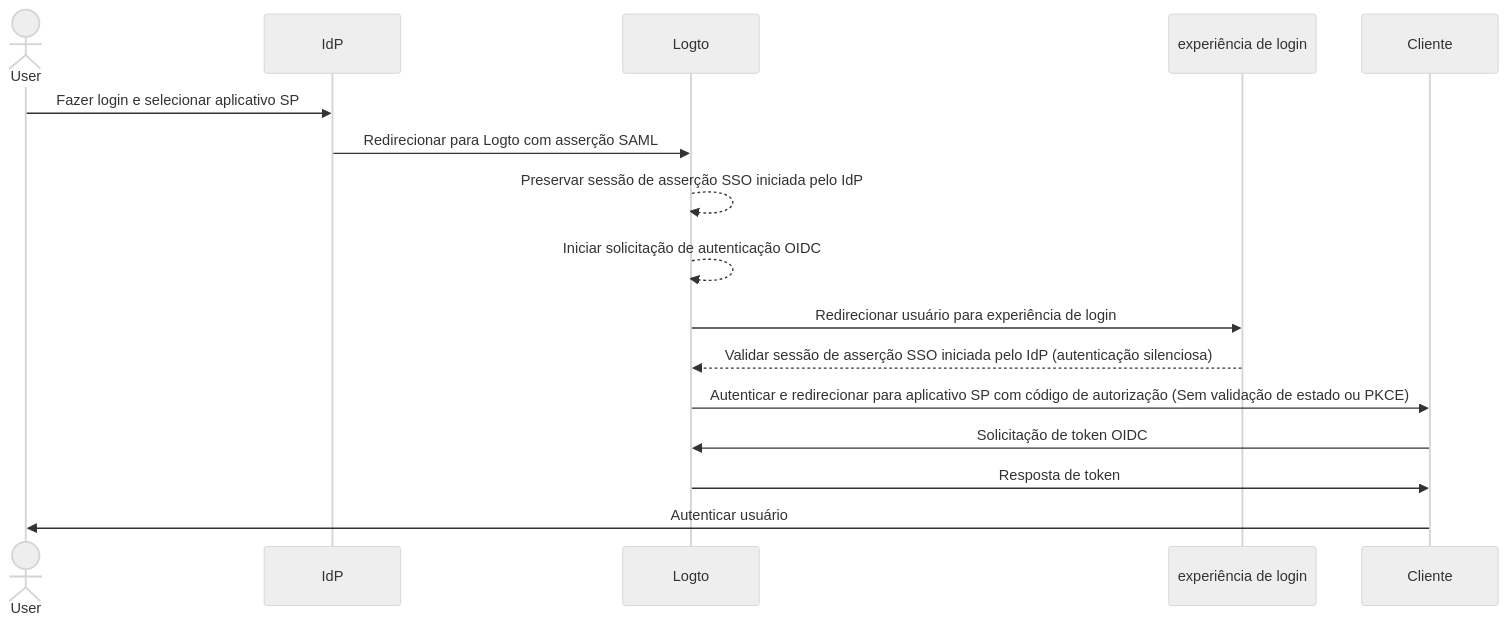
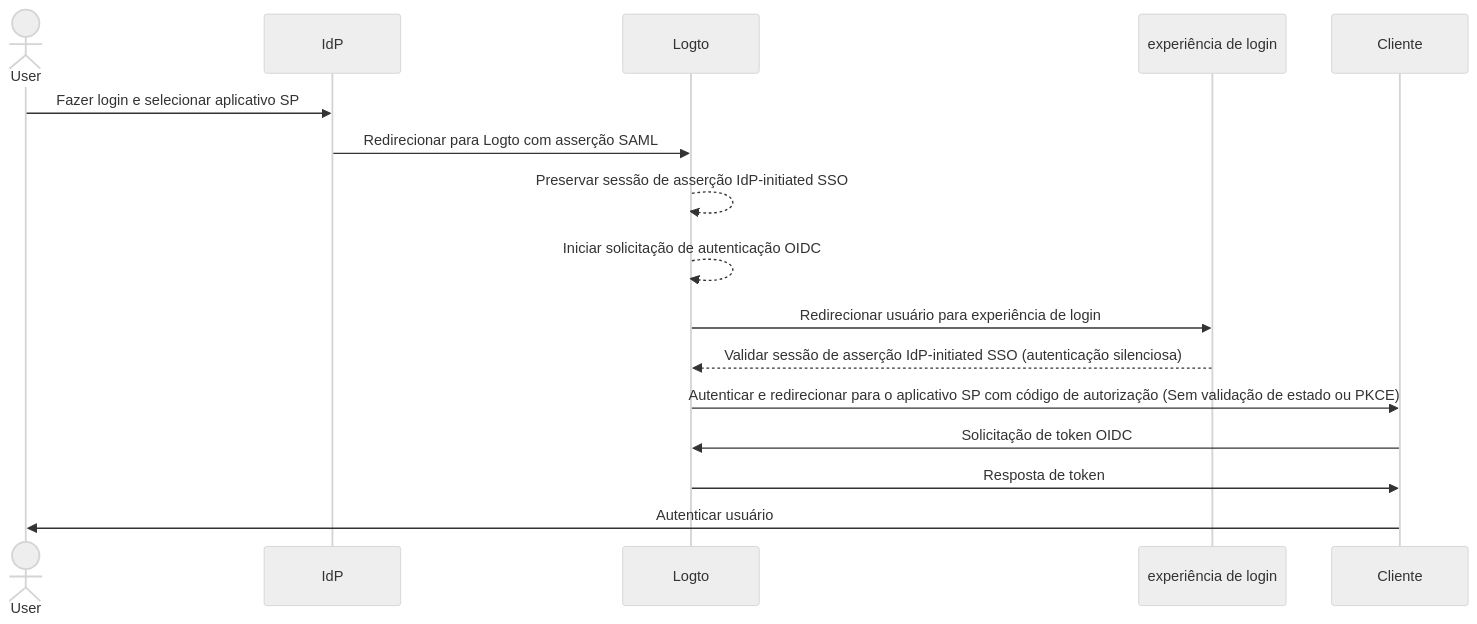
Before and after one commit to logto-io/docs: the second of 2 diagrams in i18n/pt-BR/docusaurus-plugin-content-docs/current/end-user-flows/enterprise-sso/idp-initiated-sso.mdx, drawn with Mermaid (neutral theme). The commit also changed other lines of this file and 2629 other files, not shown here.

````diff
--- a/i18n/pt-BR/docusaurus-plugin-content-docs/current/end-user-flows/enterprise-sso/idp-initiated-sso.mdx
+++ b/i18n/pt-BR/docusaurus-plugin-content-docs/current/end-user-flows/enterprise-sso/idp-initiated-sso.mdx
@@ -137,20 +140,20 @@
 ```mermaid
   sequenceDiagram
 
   actor User
   participant IdP as IdP
   participant Logto as Logto
   participant Experience as experiência de login
   participant SP as Cliente
 
   User->>IdP: Fazer login e selecionar aplicativo SP
   IdP->>Logto: Redirecionar para Logto com asserção SAML
-  Logto-->>Logto: Preservar sessão de asserção SSO iniciada pelo IdP
+  Logto-->>Logto: Preservar sessão de asserção IdP-initiated SSO
   Logto-->>Logto: Iniciar solicitação de autenticação OIDC
   Logto->>Experience: Redirecionar usuário para experiência de login
-  Experience-->>Logto: Validar sessão de asserção SSO iniciada pelo IdP (autenticação silenciosa)
-  Logto->>SP: Autenticar e redirecionar para aplicativo SP com código de autorização (Sem validação de estado ou PKCE)
+  Experience-->>Logto: Validar sessão de asserção IdP-initiated SSO (autenticação silenciosa)
+  Logto->>SP: Autenticar e redirecionar para o aplicativo SP com código de autorização (Sem validação de estado ou PKCE)
   SP->>Logto: Solicitação de token OIDC
   Logto->>SP: Resposta de token
   SP->>User: Autenticar usuário
 ```
````
